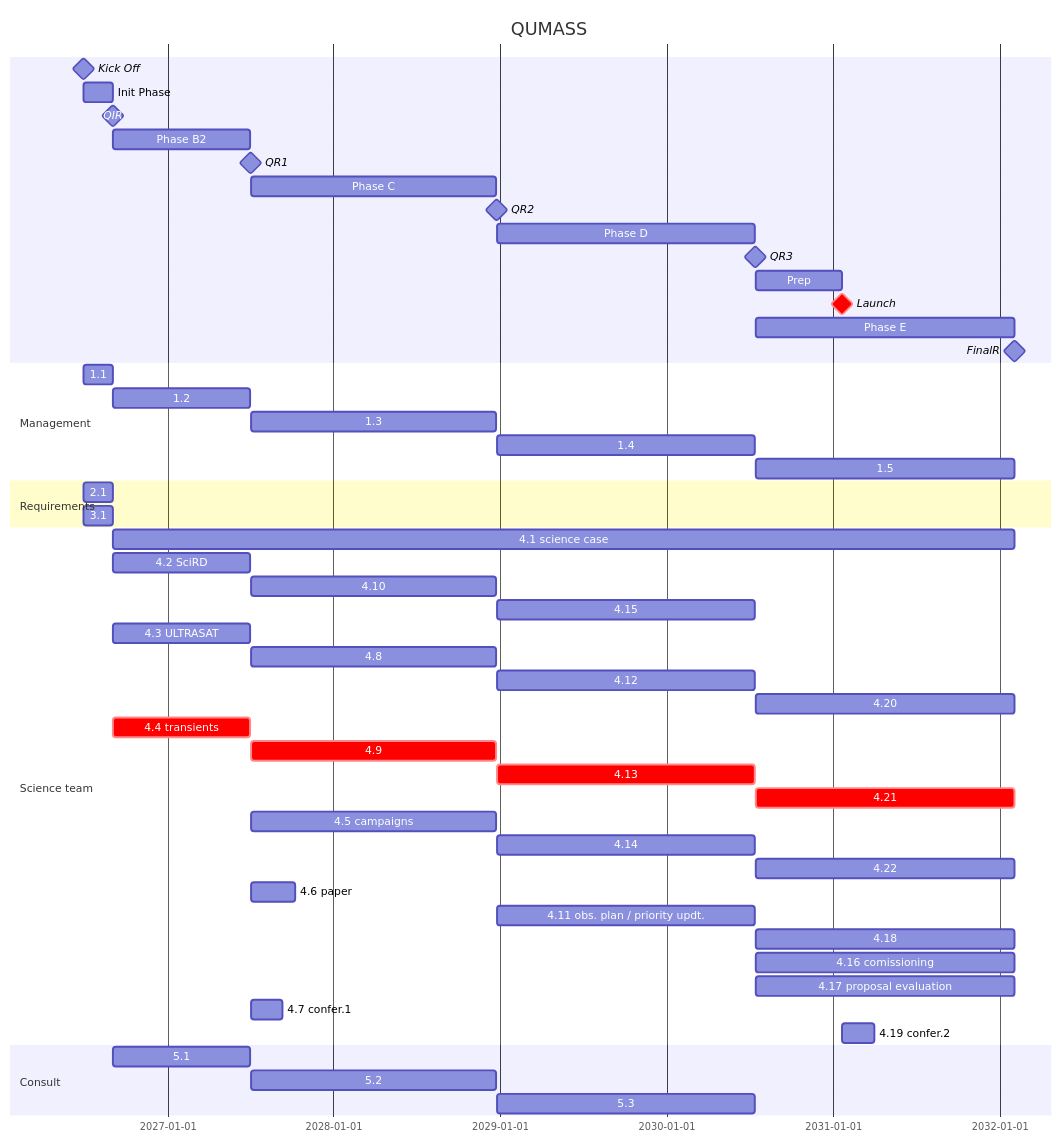
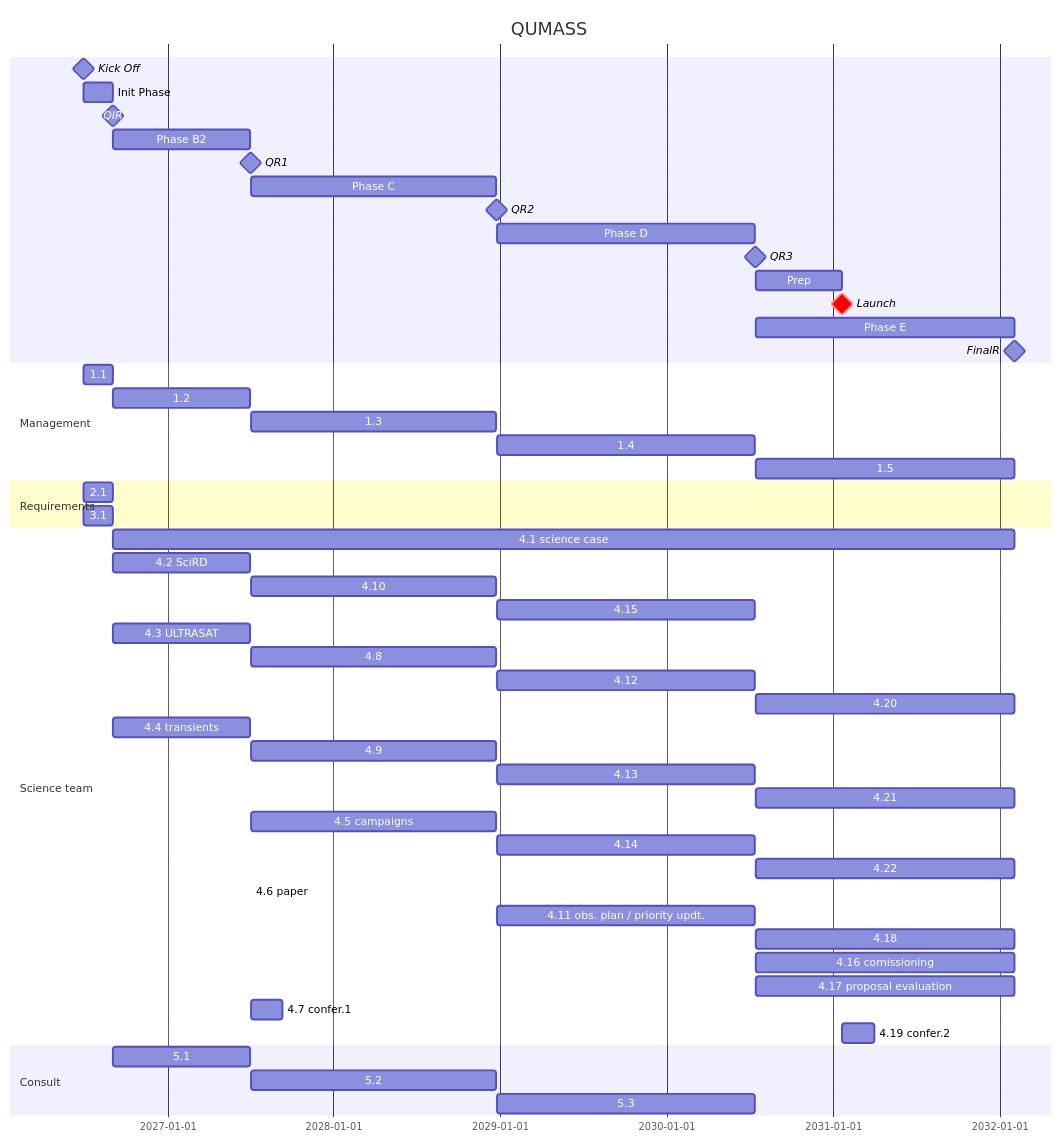
Before and after one commit to limu007/quvik: the diagram in calib/Science.md, drawn with Mermaid.

````diff
--- a/calib/Science.md
+++ b/calib/Science.md
@@ -1,56 +1,56 @@
 ```mermaid
 gantt
     title QUMASS
     dateFormat  YYYY-MM-DD
     Kick Off : milestone, ko, 2026-07-01, 1d
     Init Phase : b1, after ko, 9w
     QIR : milestone, ir, after b1, 1d
     Phase B2 : b2, after ir, 43w
     QR1 : milestone, pdr, after b2, 1d
     Phase C : c1, after pdr, 77w
     QR2 : milestone, cdr, after c1, 1d
     Phase D : d1, after cdr, 81w
     QR3 : milestone, far, after d1, 1d
     Prep : prep, after far, 27w
     Launch : crit, milestone, frr, after prep, 1d
     Phase E : e1, after far, 81w
     FinalR : milestone, fr, after e1, 1d
 
     section Management
     1.1 : after ko, until ir
     1.2 : after ir, until pdr
     1.3 : after pdr, until cdr
     1.4 : after cdr, until far
     1.5 : after far, until fr
     section Requirements
     2.1 : after ko, until ir
     3.1 : after ko, until ir
     section Science team
     4.1 science case : after ir, until fr
     4.2 SciRD : after ir, until pdr
     4.10 : after pdr, until cdr
     4.15 : after cdr, until far
     4.3 ULTRASAT : after ir, until pdr
     4.8 : after pdr, until cdr
     4.12 : after cdr, until far
     4.20 : after far, until fr
-    4.4 transients : crit, after ir, until pdr
-    4.9 : crit, after pdr, until cdr
-    4.13 : crit, after cdr, until far
-    4.21 : crit, after far, until fr
+    4.4 transients : after ir, until pdr
+    4.9 : after pdr, until cdr
+    4.13 : after cdr, until far
+    4.21 : after far, until fr
     4.5 campaigns : after pdr, until cdr
     4.14 : after cdr, until far
     4.22 : after far, until fr
-    4.6 paper : after pdr, 14w
+    4.6 paper : after pdr, 12m
     4.11 obs. plan / priority updt. : after cdr, until far
     4.18 : after far, until fr
     4.16 comissioning : after far, until fr
     4.17 proposal evaluation : after far, until fr
     4.7 confer.1 : after pdr, 10w
     4.19 confer.2 : after frr, 10w
     section Consult
     5.1 : after ir, until pdr
     5.2 : after pdr, until cdr
     5.3 : after cdr, until far
     
 ```
````
